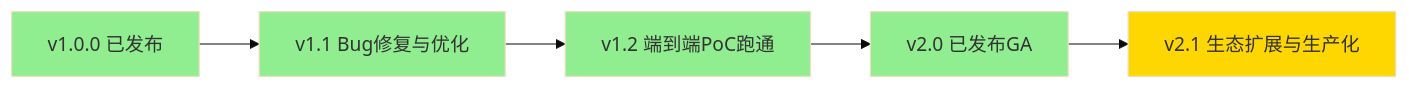
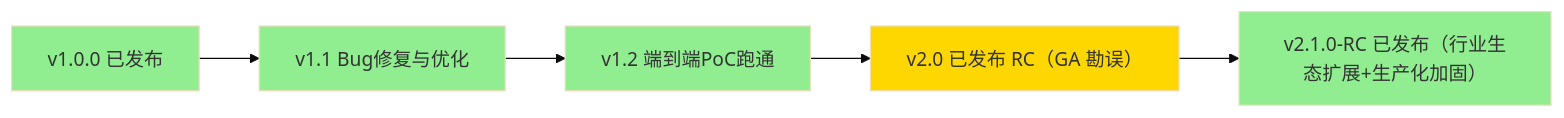
Before and after one commit to Levango7/DataEngineBDP: the diagram in ROADMAP.md, drawn with Mermaid (base theme). The commit also changed other lines of this file and 36 other files, not shown here.

````diff
--- a/ROADMAP.md
+++ b/ROADMAP.md
@@ -10,13 +10,13 @@
 ```mermaid
 graph LR
     V100[v1.0.0 已发布] --> V110[v1.1 Bug修复与优化]
     V110 --> V120[v1.2 端到端PoC跑通]
-    V120 --> V200[v2.0 已发布GA]
-    V200 --> V210[v2.1 生态扩展与生产化]
+    V120 --> V200[v2.0 已发布 RC（GA 勘误）]
+    V200 --> V210[v2.1.0-RC 已发布（行业生态扩展+生产化加固）]
 
     style V100 fill:#90EE90
     style V110 fill:#90EE90
     style V120 fill:#90EE90
-    style V200 fill:#90EE90
-    style V210 fill:#FFD700
+    style V200 fill:#FFD700
+    style V210 fill:#90EE90
 ```
````
